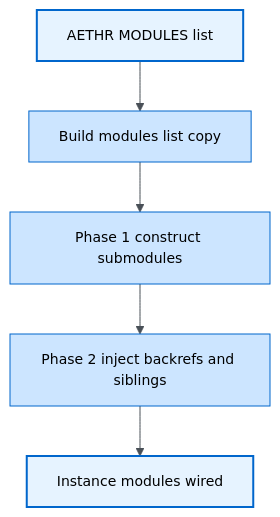
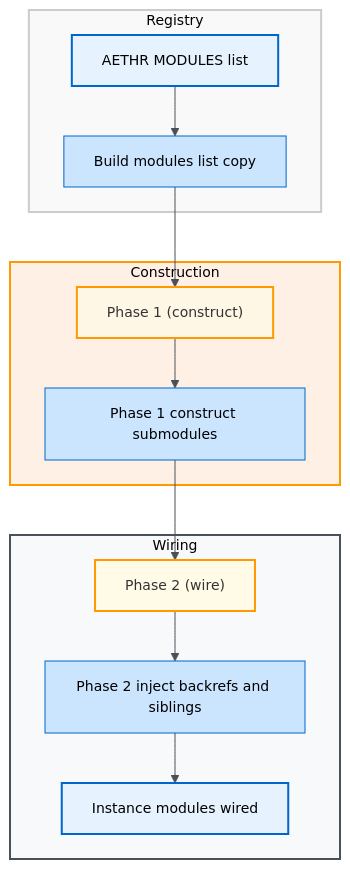
One commit to Gh0st352/AETHR changed the first of 3 diagrams in docs/aethr/modules_wiring.md. Above: the diagram before and after it, drawn with Mermaid. The commit also changed other lines of this file and 6 other files, not shown here.

First line of the commit message:
Refactor documentation with enhanced flowcharts and sequence diagrams

````diff
--- a/docs/aethr/modules_wiring.md
+++ b/docs/aethr/modules_wiring.md
@@ -17,16 +17,43 @@
 ```mermaid
-%%{init: {"theme": "base", "themeVariables": {"primaryColor":"#e6f3ff","primaryBorderColor":"#0066cc","primaryTextColor":"#000","lineColor":"#495057","textColor":"#000","fontSize":"14px"}}}%%
+%%{init: {"theme":"base","themeVariables":{"primaryColor":"#e6f3ff","primaryBorderColor":"#0066cc","lineColor":"#495057","textColor":"#e9ecef","fontSize":"14px"}}}%%
 flowchart
-  M[AETHR MODULES list] --> L[Build modules list copy]
-  L --> P1[Phase 1 construct submodules]
-  P1 --> P2[Phase 2 inject backrefs and siblings]
-  P2 --> D[Instance modules wired]
+  %% Groupings
+  subgraph REG ["Registry"]
+    M["AETHR MODULES list"]
+    L["Build modules list copy"]
+  end
+
+  subgraph CON ["Construction"]
+    P1GRP["Phase 1 (construct)"]
+    P1["Phase 1 construct submodules"]
+  end
+
+  subgraph WIR ["Wiring"]
+    P2GRP["Phase 2 (wire)"]
+    P2["Phase 2 inject backrefs and siblings"]
+    D["Instance modules wired"]
+  end
+
+  %% Flow
+  M --> L
+  L --> P1GRP
+  P1GRP --> P1
+  P1 --> P2GRP
+  P2GRP --> P2
+  P2 --> D
 
   %% Styles
   classDef core fill:#e6f3ff,stroke:#0066cc,stroke-width:2px,color:#000
   classDef process fill:#cce5ff,stroke:#0066cc,color:#000
 
   %% Apply classes
   class M,D core
   class L,P1,P2 process
+
+  %% Subgraph styles
+  style REG fill:#f9f9f9,stroke:#ccc,stroke-width:2px
+  style CON fill:#fff0e6,stroke:#ff9900,stroke-width:2px
+  style WIR fill:#f8f9fa,stroke:#495057,stroke-width:2px
+  style P1GRP fill:#fff7e6,stroke:#ff9900,stroke-width:2px
+  style P2GRP fill:#fffbe6,stroke:#ff9900,stroke-width:2px
 ```
````
